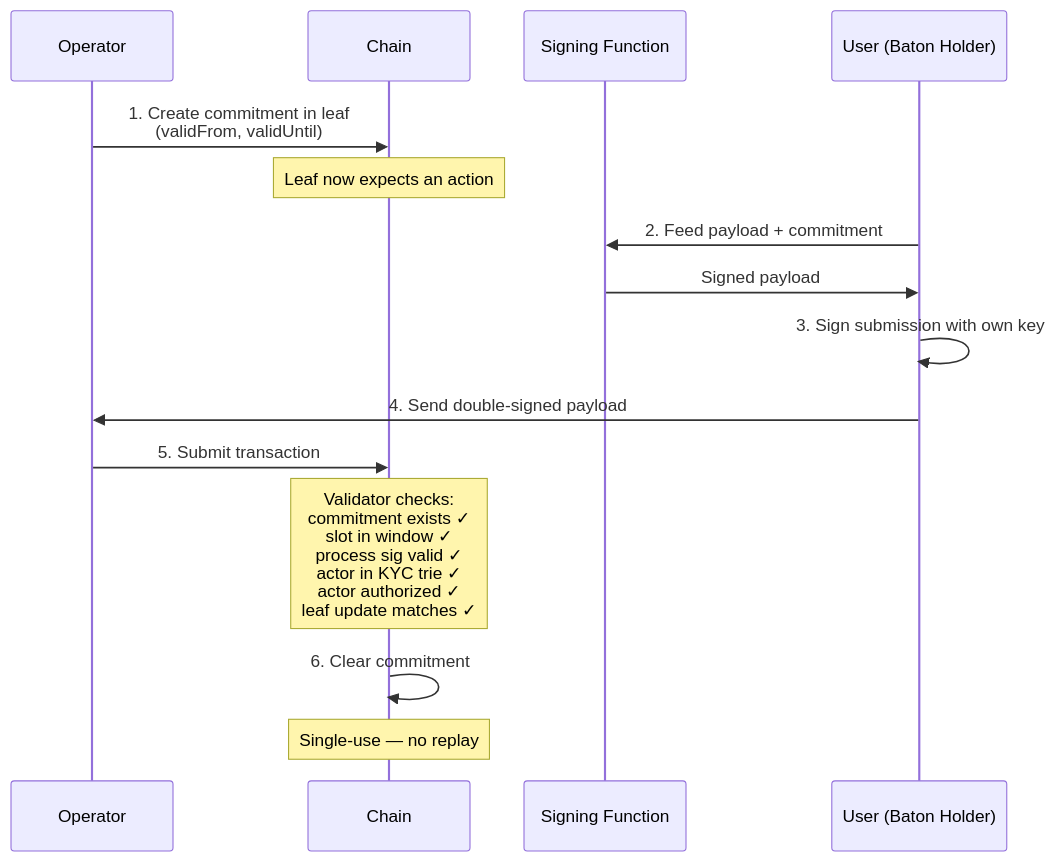
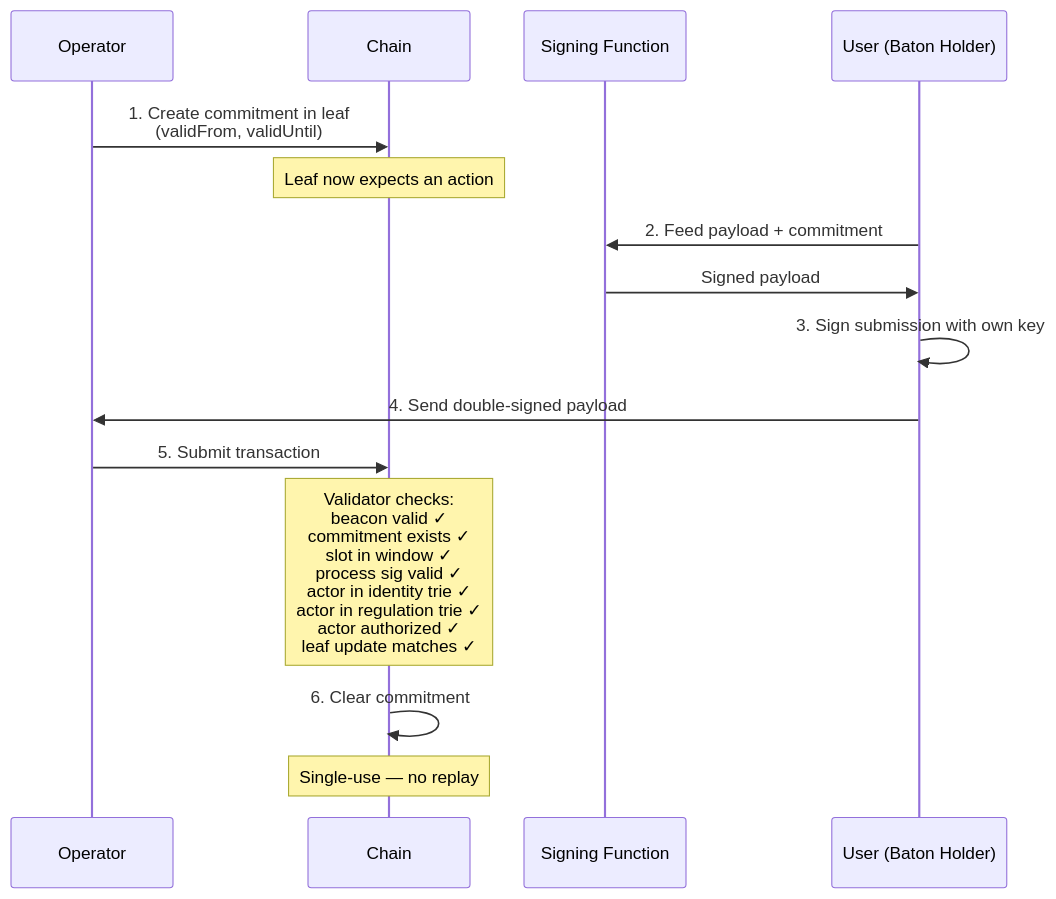
One commit to lambdasistemi/cardano-for-regulators changed diagram 14 of 20 in docs/framework/schema.md. Above: the diagram before and after it, drawn with Mermaid. The commit also changed other lines of this file and 8 other files, not shown here.

First line of the commit message:
Fix mermaid HTML labels and deploy on every push (#5)

````diff
--- a/docs/framework/schema.md
+++ b/docs/framework/schema.md
@@ -384,24 +537,24 @@
 ```mermaid
 sequenceDiagram
     participant O as Operator
     participant C as Chain
     participant SF as Signing Function
     participant U as User (Baton Holder)
 
     O->>C: 1. Create commitment in leaf<br/>(validFrom, validUntil)
     Note over C: Leaf now expects an action
 
     U->>SF: 2. Feed payload + commitment
     SF->>U: Signed payload
 
     U->>U: 3. Sign submission with own key
 
     U->>O: 4. Send double-signed payload
 
     O->>C: 5. Submit transaction
 
-    Note over C: Validator checks:<br/>commitment exists ✓<br/>slot in window ✓<br/>process sig valid ✓<br/>actor in KYC trie ✓<br/>actor authorized ✓<br/>leaf update matches ✓
+    Note over C: Validator checks:<br/>beacon valid ✓<br/>commitment exists ✓<br/>slot in window ✓<br/>process sig valid ✓<br/>actor in identity trie ✓<br/>actor in regulation trie ✓<br/>actor authorized ✓<br/>leaf update matches ✓
 
     C->>C: 6. Clear commitment
     Note over C: Single-use — no replay
 ```
````
